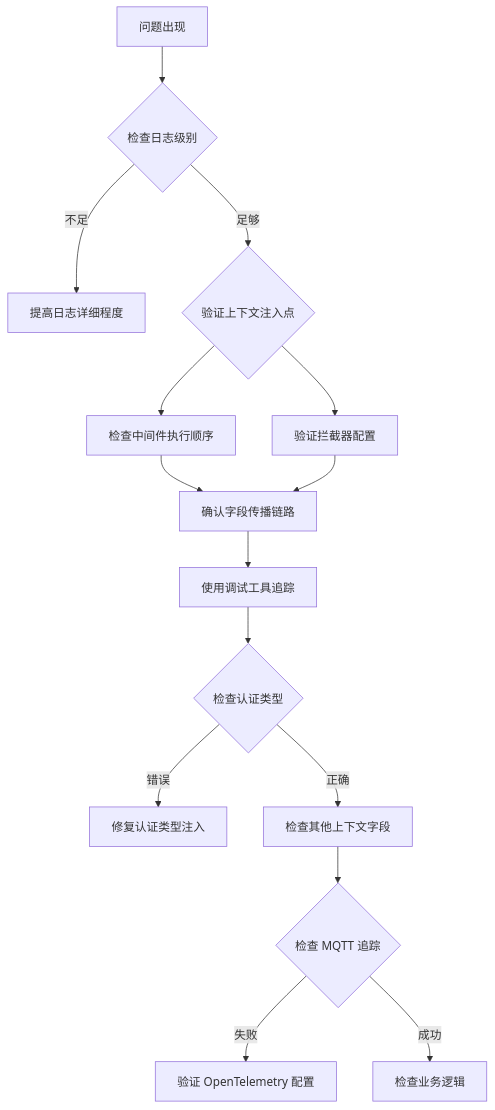
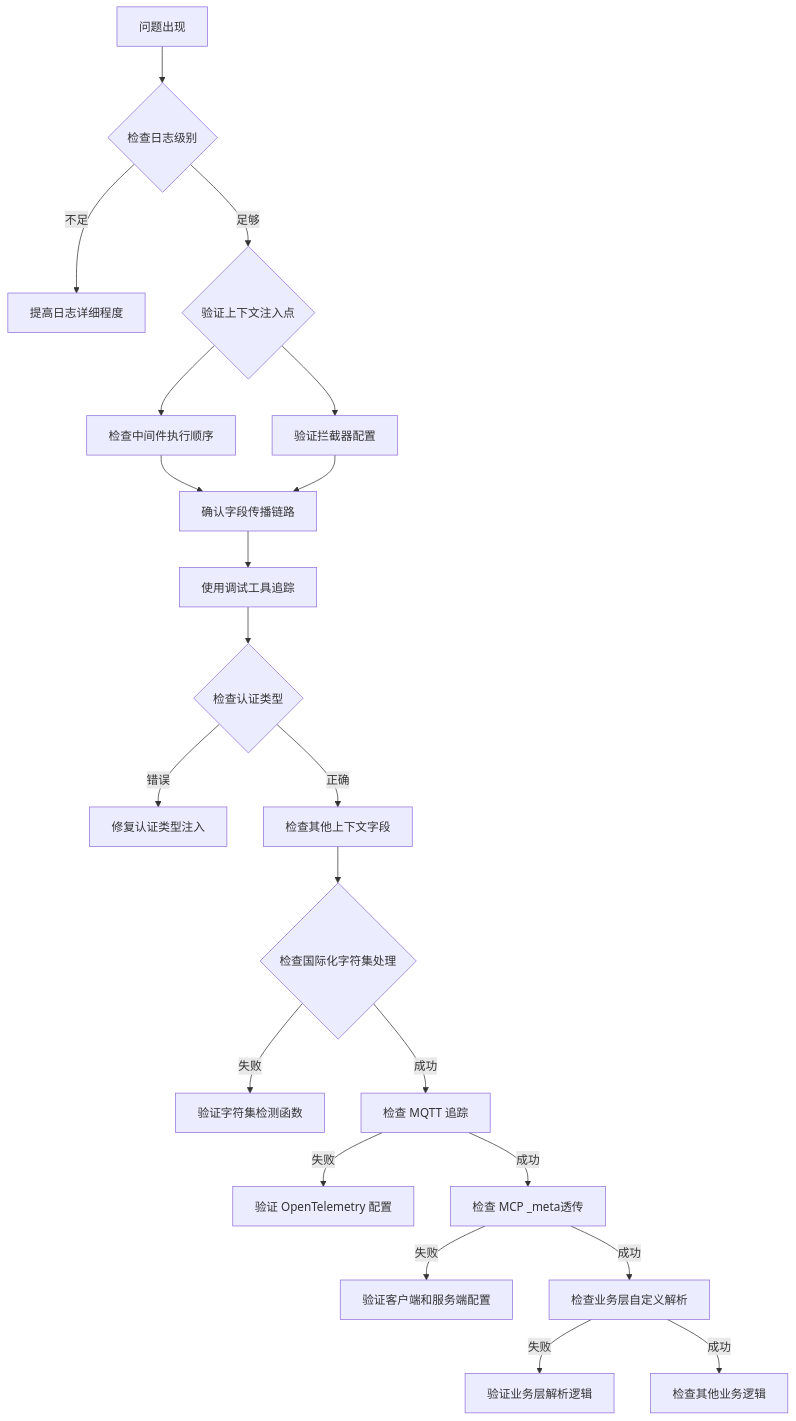
One commit to maomao94/zero-service changed diagram 19 of 19 in .qoder/repowiki/zh/content/Ctxdata Context Management.md. Above: the diagram before and after it, drawn with Mermaid. The commit also changed other lines of this file and 42 other files, not shown here.

````diff
--- a/.qoder/repowiki/zh/content/Ctxdata Context Management.md
+++ b/.qoder/repowiki/zh/content/Ctxdata Context Management.md
@@ -581,17 +869,23 @@
 ```mermaid
 flowchart TD
 A[问题出现] --> B{检查日志级别}
 B --> |不足| C[提高日志详细程度]
 B --> |足够| D{验证上下文注入点}
 D --> E[检查中间件执行顺序]
 D --> F[验证拦截器配置]
 E --> G[确认字段传播链路]
 F --> G
 G --> H[使用调试工具追踪]
 H --> I{检查认证类型}
 I --> |错误| J[修复认证类型注入]
 I --> |正确| K[检查其他上下文字段]
-K --> L{检查 MQTT 追踪}
-L --> |失败| M[验证 OpenTelemetry 配置]
-L --> |成功| N[检查业务逻辑]
+K --> L{检查国际化字符集处理}
+L --> |失败| M[验证字符集检测函数]
+L --> |成功| N[检查 MQTT 追踪]
+N --> |失败| O[验证 OpenTelemetry 配置]
+N --> |成功| P[检查 MCP _meta透传]
+P --> |失败| Q[验证客户端和服务端配置]
+P --> |成功| R[检查业务层自定义解析]
+R --> |失败| S[验证业务层解析逻辑]
+R --> |成功| T[检查其他业务逻辑]
 ```
````
